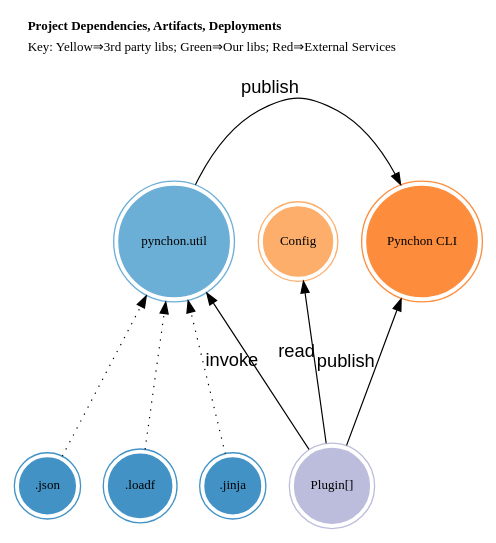
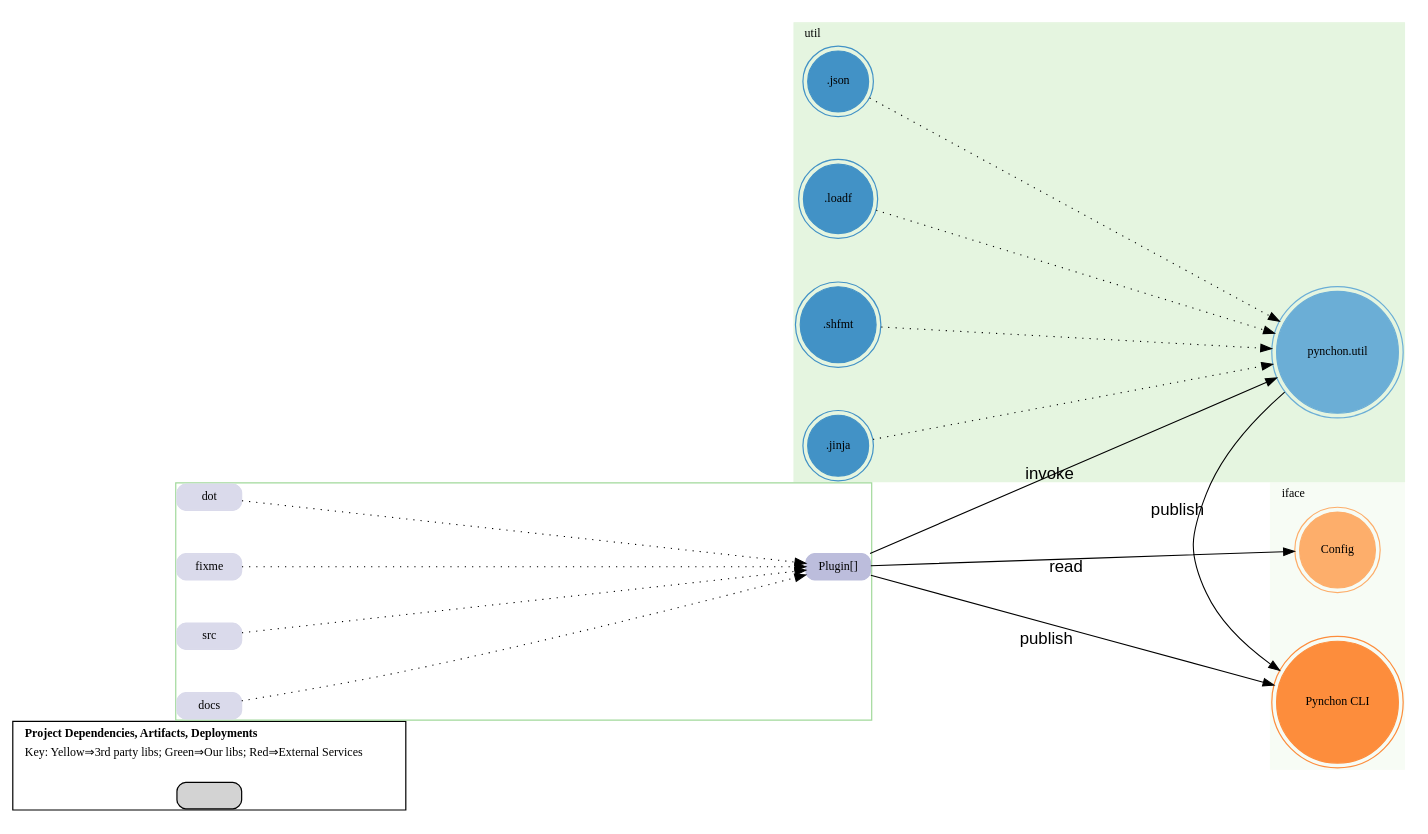
The diagram in docs/design.dot (elo-enterprises/pynchon), drawn with Graphviz before and after one commit.

```diff
--- a/docs/design.dot
+++ b/docs/design.dot
@@ -1,90 +1,109 @@
 ////
 // This is a dot-file that contains the spec for a labeled digraph.
 // See also the docs here: https://graphviz.org/doc/info/lang.html
 ////
 digraph project_dependencies {
-    compound=true
-
+    compound=true;
+    nodesep=.5;
     // Graph & cluster attributes
     graph [
-        margin = 1
+        margin = 1;
+        nodesep=.5;
+        overlap = scale;
         //layout=circo
-        layout=dot
-        //mode=hier
+        layout=dot; mode=hier
+        //layout=patchwork
         //ratio="fill"; size="4,3!";
-        ratio=.7;
+        //ratio=.7;
         compound = true // allows edges between clusters
         //fillcolor = white
         fontname = verdana
         fontsize = 10
         labeljust = l // aligns label to the left
         labelloc = t // puts label at top of diagram
         newrank = true
-        nodesep = .25 // separation between nodes in inches (default is 0.25
+        nodesep = .5 // separation between nodes in inches (default is 0.25
         overlap = false // prism is also interesting
-        rankdir = TB // LR (left-to-right) or TB (top-to-bottom)
+        rankdir = LR // LR (left-to-right) or TB (top-to-bottom)
         ranksep = 1.5 // separation between ranks in inches (default is 0.5)
         ratio = auto // aspect ratio. diagram is tighter when it is declared
         shape = box
         splines = true // uses curved lines to avoid nodes
         #style = "filled"
+        clusterrank=local
     ]
 
 
 
 
     // Node attributes
     node [
         fontname = verdana
         fontsize = 10
         margin = "0.1, 0.05"
+        height=.3
         shape = box
         style = "filled, rounded"
     ]
 
     // Edge attributes
-    edge [ style=bold; fontname="Arial"; len=3.2; weight=.5; arrowsize = 0.9; color=black; penwidth = 0.9 ]
+    edge [ style=bold; fontname="Arial"; minlen=3.2; weight=.5; arrowsize = 0.9; color=black; penwidth = 0.9 ]
+    subgraph cluster_bonk{
     label = <
         <table border="0" cellborder="0" cellspacing="0">
             <tr><td align="left"><b>Project Dependencies, Artifacts, Deployments</b></td></tr>
             <tr><td align="left">Key: Yellow⇒3rd party libs; Green⇒Our libs; Red⇒External Services</td></tr>
             <tr><td></td></tr>
             <tr><td></td></tr>
             <tr><td></td></tr>
         </table>
     >
-    subgraph iface {
-      graph [label="iface";]
+    empty [label="", visible=false;]
+    }
+    subgraph cluster_iface {
+      graph [label="iface"; style=filled; colorscheme=greens9 color=1;]
       node [shape=doublecircle colorscheme="oranges9"]
       zconfig [color=4, label="Config"];
       cli [color=5, label="Pynchon CLI"];
-      {plugin2} -> zconfig [xlabel="read"];
 
     }
 
-    subgraph api {
-      graph [color=lightgrey; style=filled; label="util"; ]
+    subgraph cluster_api {
+      graph [colorscheme=greens9 color=2; style=filled; label="util"; overlap=false; splines=True]
       node [colorscheme="blues9"; shape=doublecircle,]
       util [color=5, label="pynchon.util"]; // blue
       json [color=6, label=".json"];
       loadf [color=6, label=".loadf"];
+      shfmt [color=6, label=".shfmt"];
       jinja [color=6, label=".jinja"];
       {json} -> util [style="dotted"];
-      {jinja} -> util [len=3.8, style="dotted"];
+      {jinja} -> util [minlen=3.8, style="dotted"];
       {util} -> cli [xlabel="publish"];
       {loadf} ->util [style="dotted"];
+      {shfmt} ->util [style="dotted"];
 
     }
 
     subgraph default {
-      graph []
-      plugin2 [color=4 colorscheme=purples9 color=4 label="Plugin[]"]; // green
+      graph [colorscheme=greens9 color=3; style=filled]
+      node [colorscheme=purples9]
+      plugin2 [color=4 label="Plugin[]"];
       {plugin2} -> cli [xlabel="publish"];
       {plugin2} -> util [xlabel="invoke"];
+      {plugin2} -> zconfig [xlabel="read"];
+    }
+    subgraph cluster_p{
+    graph  [colorscheme=greens9 color=4;]
+      node [colorscheme=purples9]
+      dot [color=3, label="dot"];
+      fixme [color=3, label="fixme"];
+      src [color=3, label="src"];
+      docs [color=3, label="docs"];
+      {dot,fixme,src,docs} -> plugin2 [style="dotted"]
+    }
 
-    }
-    { rank=min;cli;zconfig;util}
+    {rank=min;cli;zconfig;util}
     {rank=same;json;jinja;loadf;}
-    {rank=max;plugin2;}
+    {rank=same;src;docs;fixme;dot}
 
 }
```
